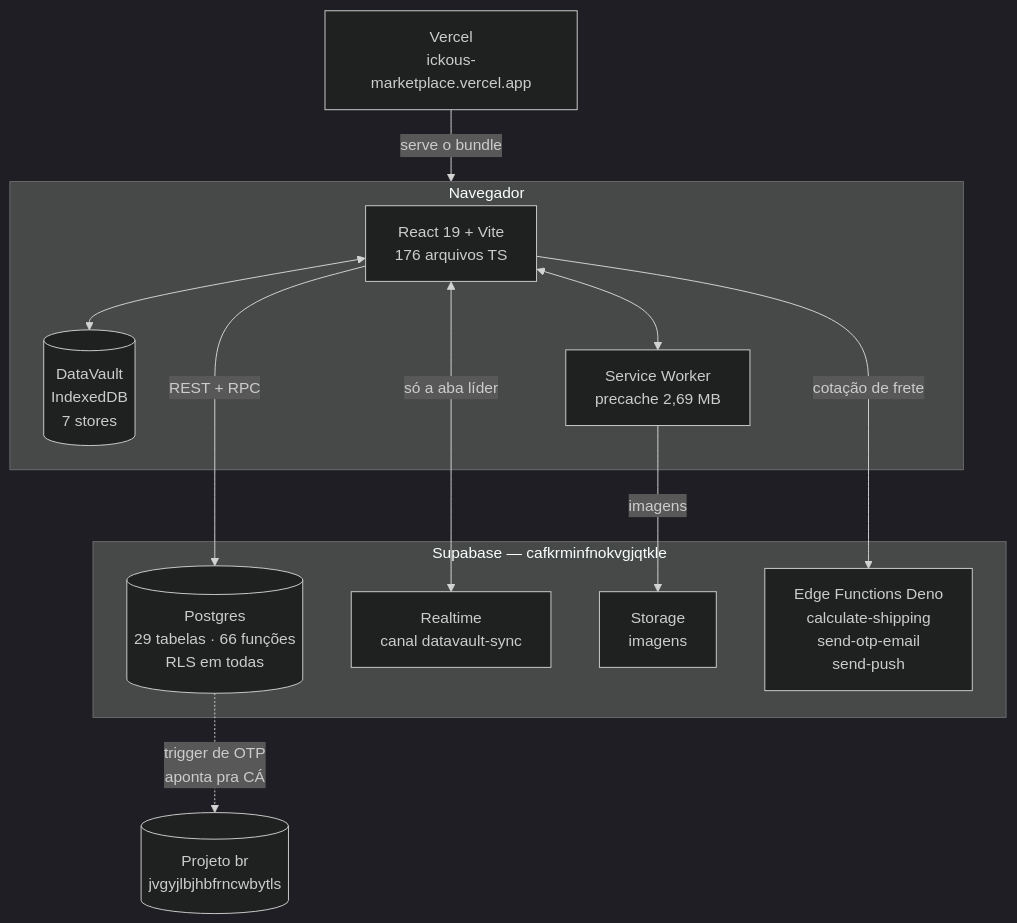
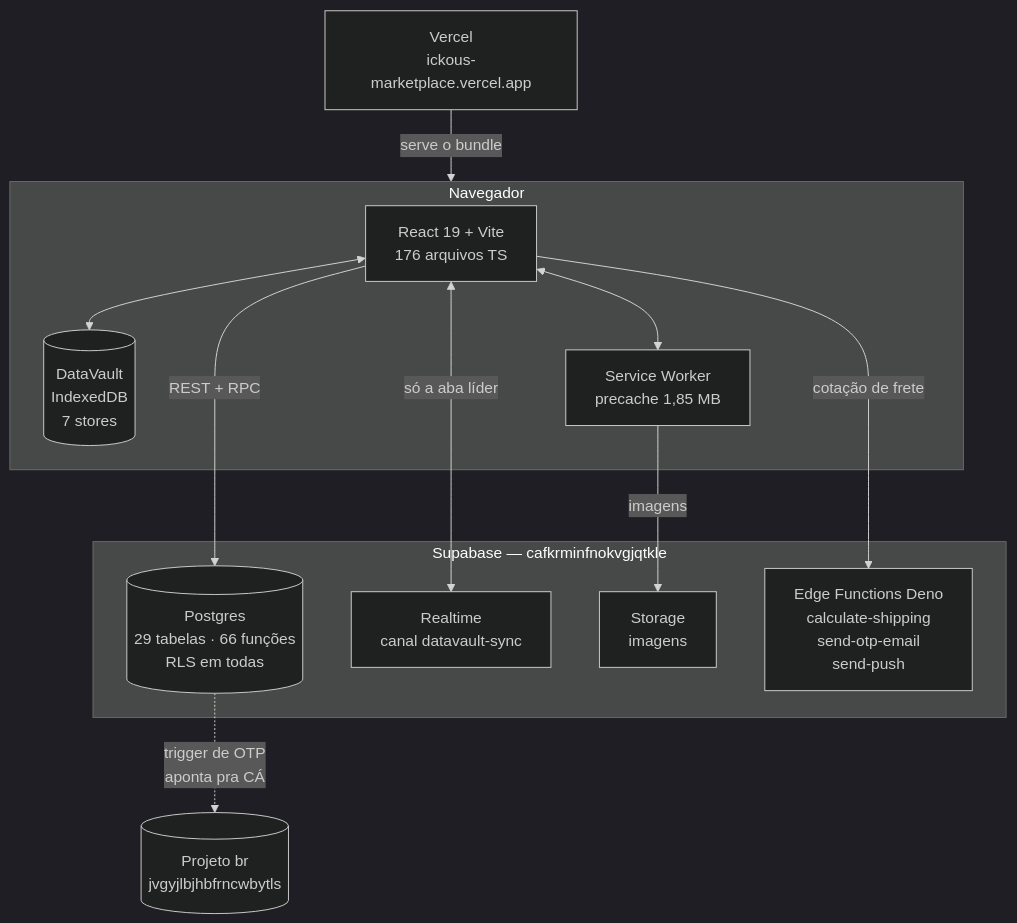
The diagram in docs/onboarding/01-VISAO-GERAL.md (BielWeed/ikcous-marketplace), drawn with Mermaid (dark theme) before and after one commit. The commit also changed other lines of this file and 4 other files, not shown here.

````diff
--- a/docs/onboarding/01-VISAO-GERAL.md
+++ b/docs/onboarding/01-VISAO-GERAL.md
@@ -52,26 +52,26 @@
 ```mermaid
 flowchart TB
     subgraph nav["Navegador"]
         R["React 19 + Vite<br/>176 arquivos TS"]
         IDB[("DataVault<br/>IndexedDB<br/>7 stores")]
-        SW["Service Worker<br/>precache 2,69 MB"]
+        SW["Service Worker<br/>precache 1,85 MB"]
         R <--> IDB
         R <--> SW
     end
 
     subgraph sb["Supabase — cafkrminfnokvgjqtkle"]
         PG[("Postgres<br/>29 tabelas · 66 funções<br/>RLS em todas")]
         RT["Realtime<br/>canal datavault-sync"]
         ST["Storage<br/>imagens"]
         EF["Edge Functions Deno<br/>calculate-shipping<br/>send-otp-email<br/>send-push"]
     end
 
     BR[("Projeto br<br/>jvgyjlbjhbfrncwbytls")]
 
     R -->|"REST + RPC"| PG
     R <-->|"só a aba líder"| RT
     SW -->|"imagens"| ST
     R -->|"cotação de frete"| EF
     PG -.->|"trigger de OTP<br/>aponta pra CÁ"| BR
     V["Vercel<br/>ickous-marketplace.vercel.app"] -->|"serve o bundle"| nav
 ```
````
